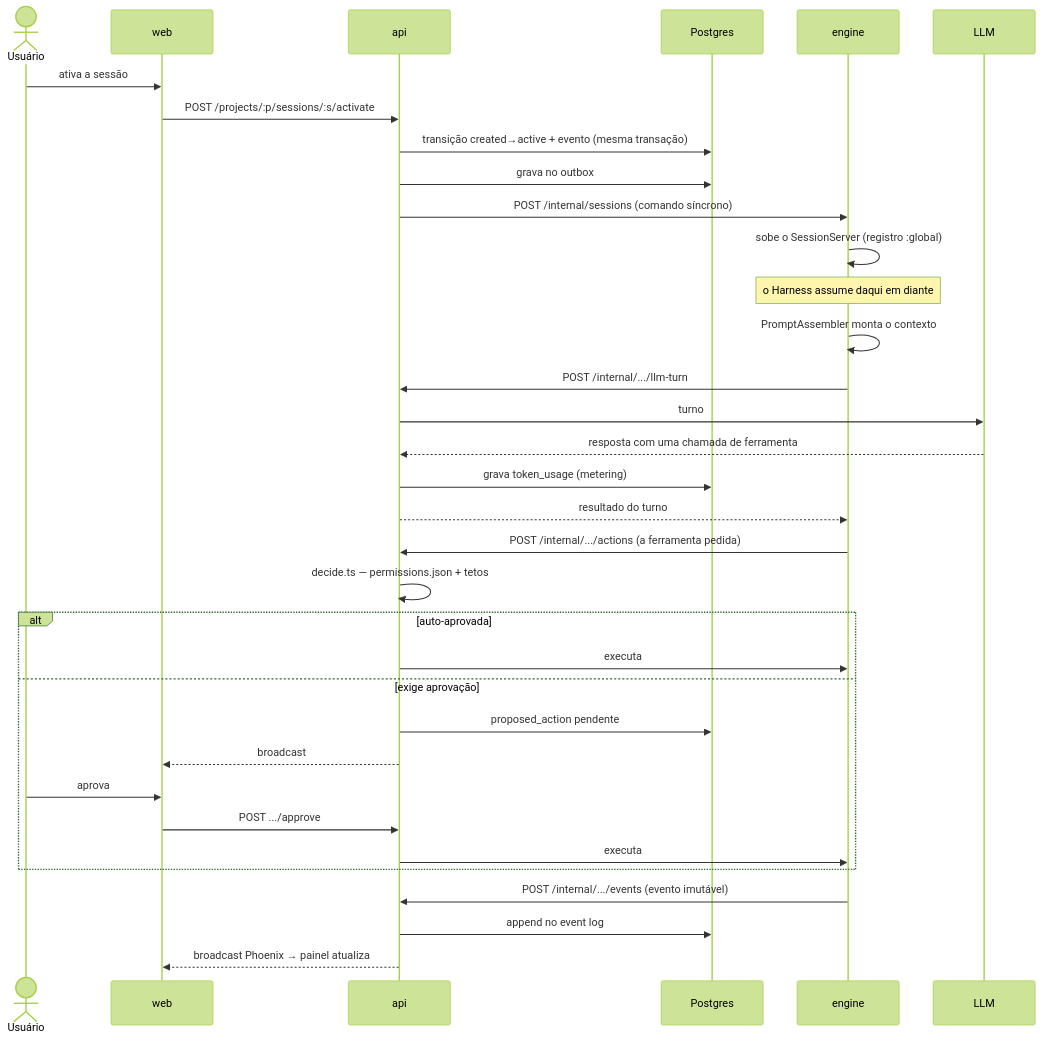
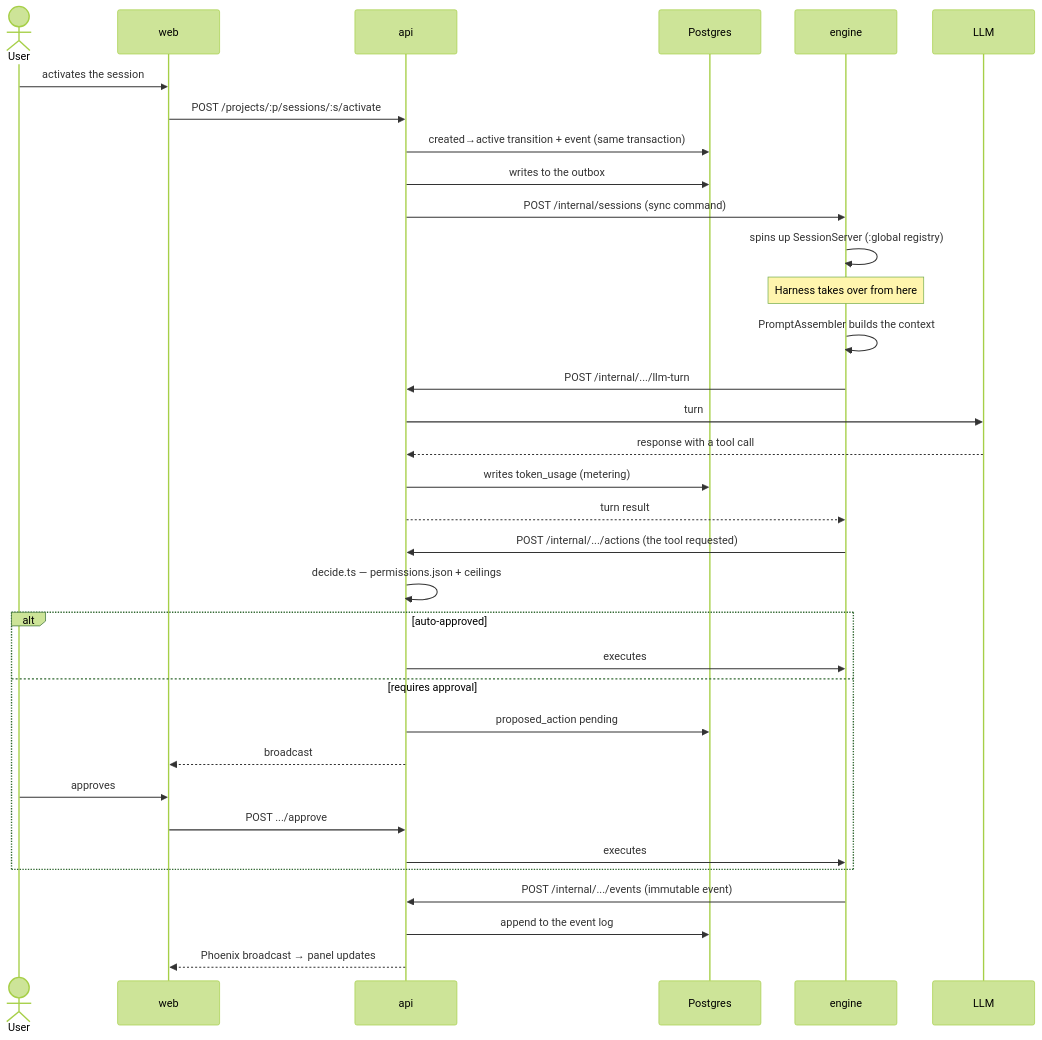
Before and after one commit to viralabs-dev/brabo-api: the second of 3 diagrams in test/fixtures/golden-set-rag/corpus/docs/architecture.md, drawn with Mermaid (forest theme). The commit also changed other lines of this file and 24 other files, not shown here.

````diff
--- a/test/fixtures/golden-set-rag/corpus/docs/architecture.md
+++ b/test/fixtures/golden-set-rag/corpus/docs/architecture.md
@@ -463,39 +437,39 @@
 ```mermaid
 sequenceDiagram
-  actor U as Usuário
+  actor U as User
   participant W as web
   participant A as api
   participant P as Postgres
   participant E as engine
   participant M as LLM
 
-  U->>W: ativa a sessão
+  U->>W: activates the session
   W->>A: POST /projects/:p/sessions/:s/activate
-  A->>P: transição created→active + evento (mesma transação)
-  A->>P: grava no outbox
-  A->>E: POST /internal/sessions (comando síncrono)
-  E->>E: sobe o SessionServer (registro :global)
+  A->>P: created→active transition + event (same transaction)
+  A->>P: writes to the outbox
+  A->>E: POST /internal/sessions (sync command)
+  E->>E: spins up SessionServer (:global registry)
 
-  Note over E: o Harness assume daqui em diante
-  E->>E: PromptAssembler monta o contexto
+  Note over E: Harness takes over from here
+  E->>E: PromptAssembler builds the context
   E->>A: POST /internal/.../llm-turn
-  A->>M: turno
-  M-->>A: resposta com uma chamada de ferramenta
-  A->>P: grava token_usage (metering)
-  A-->>E: resultado do turno
+  A->>M: turn
+  M-->>A: response with a tool call
+  A->>P: writes token_usage (metering)
+  A-->>E: turn result
 
-  E->>A: POST /internal/.../actions (a ferramenta pedida)
-  A->>A: decide.ts — permissions.json + tetos
-  alt auto-aprovada
-    A->>E: executa
-  else exige aprovação
-    A->>P: proposed_action pendente
+  E->>A: POST /internal/.../actions (the tool requested)
+  A->>A: decide.ts — permissions.json + ceilings
+  alt auto-approved
+    A->>E: executes
+  else requires approval
+    A->>P: proposed_action pending
     A-->>W: broadcast
-    U->>W: aprova
+    U->>W: approves
     W->>A: POST .../approve
-    A->>E: executa
+    A->>E: executes
   end
-  E->>A: POST /internal/.../events (evento imutável)
-  A->>P: append no event log
-  A-->>W: broadcast Phoenix → painel atualiza
+  E->>A: POST /internal/.../events (immutable event)
+  A->>P: append to the event log
+  A-->>W: Phoenix broadcast → panel updates
 ```
````
